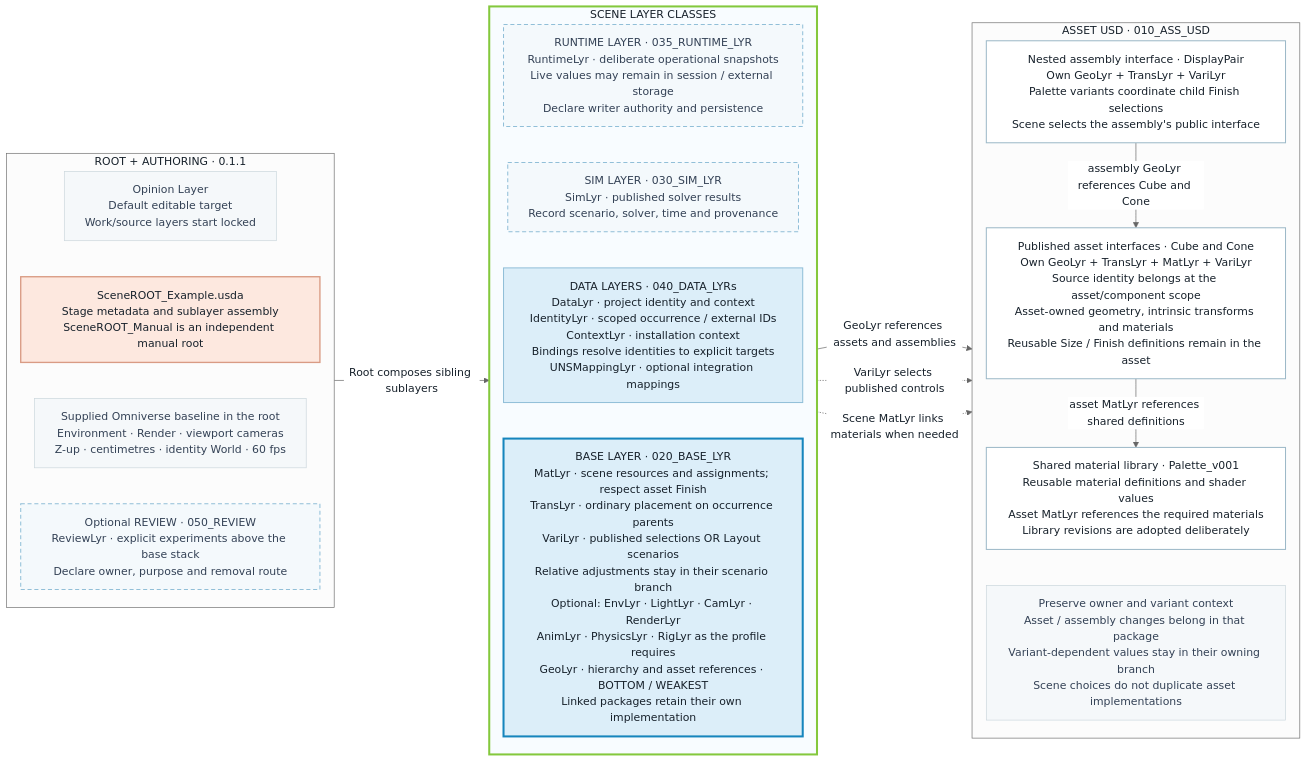
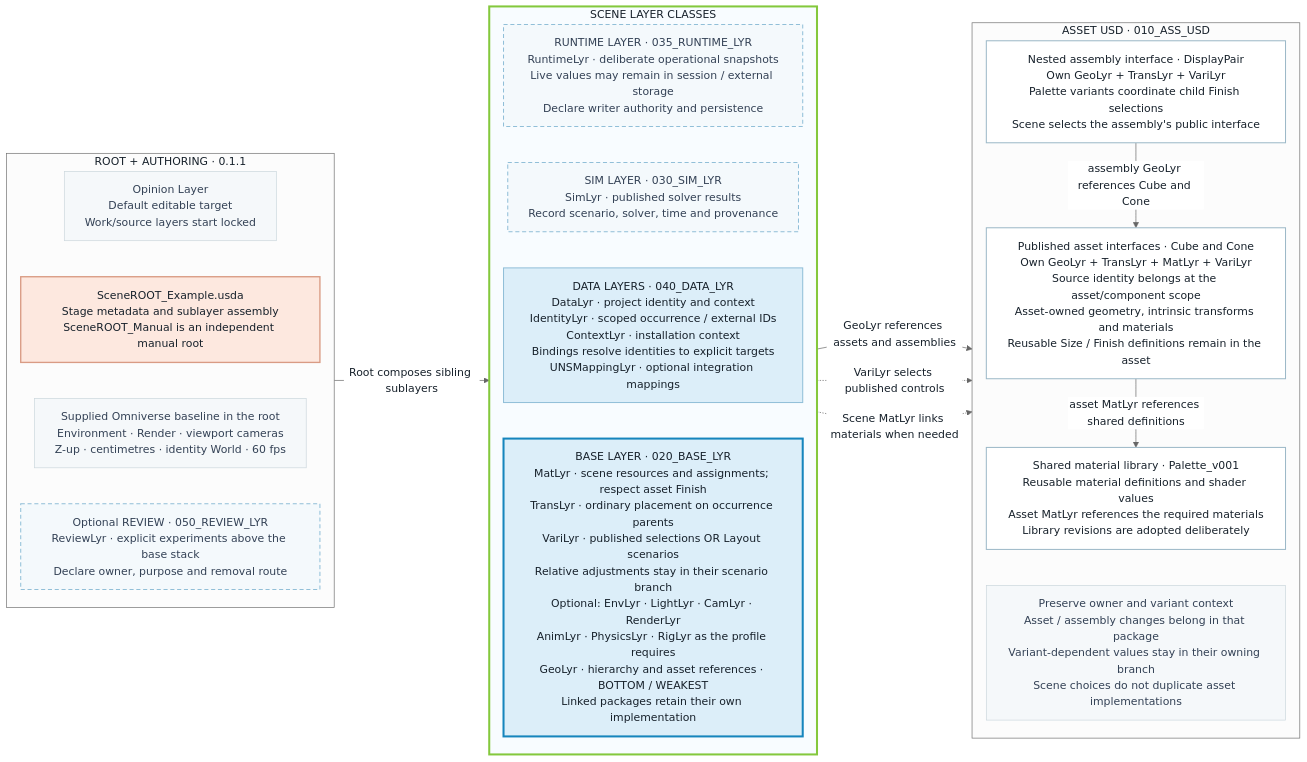
The diagram in PROJECT_STRUCTURE.md (jph2/OpenUSD_GoodStart_CompositionContract), drawn with Mermaid (neutral theme) before and after one commit. The commit also changed other lines of this file and 149 other files, not shown here.

Commit message:
Align project identity and Essentials examples

````diff
--- a/PROJECT_STRUCTURE.md
+++ b/PROJECT_STRUCTURE.md
@@ -9,58 +25,58 @@
 ```mermaid
 %%{init: {"flowchart": {"wrappingWidth": 380, "nodeSpacing": 22, "rankSpacing": 28}}}%%
 flowchart LR
-    accTitle: OpenUSD Composition Contracts 0.1.1 - Root, scene stack and reusable sources
+    accTitle: OpenUSD GoodStart Composition Contract 0.1.1 - Root, scene stack and reusable sources
     accDescr: Left to right, the root assembles a vertical scene layer stack with GeoLyr at the bottom. Reusable assets, assemblies and materials retain their own implementation and variant context.
     %% Connect the column subgraphs, keeping their internal TB layout intact.
     subgraph ENTRY["ROOT + AUTHORING · 0.1.1"]
         direction TB
         Session["Opinion Layer<br/>Default editable target<br/>Work/source layers start locked"]
         R["SceneROOT_Example.usda<br/>Stage metadata and sublayer assembly<br/>SceneROOT_Manual is an independent manual root"]
         Startup["Supplied Omniverse baseline in the root<br/>Environment · Render · viewport cameras<br/>Z-up · centimetres · identity World · 60 fps"]
         Session ~~~ R
         R ~~~ Startup
-        Review["Optional REVIEW · 050_REVIEW<br/>ReviewLyr · explicit experiments above the base stack<br/>Declare owner, purpose and removal route"]
+        Review["Optional REVIEW · 050_REVIEW_LYR<br/>ReviewLyr · explicit experiments above the base stack<br/>Declare owner, purpose and removal route"]
         Startup ~~~ Review
     end
 
     subgraph STACK["SCENE LAYER CLASSES"]
         direction TB
         RT["RUNTIME LAYER · 035_RUNTIME_LYR<br/>RuntimeLyr · deliberate operational snapshots<br/>Live values may remain in session / external storage<br/>Declare writer authority and persistence"]
         S["SIM LAYER · 030_SIM_LYR<br/>SimLyr · published solver results<br/>Record scenario, solver, time and provenance"]
-        D["DATA LAYERS · 040_DATA_LYRs<br/>DataLyr · project identity and context<br/>IdentityLyr · scoped occurrence / external IDs<br/>ContextLyr · installation context<br/>Bindings resolve identities to explicit targets<br/>UNSMappingLyr · optional integration mappings"]
+        D["DATA LAYERS · 040_DATA_LYR<br/>DataLyr · project identity and context<br/>IdentityLyr · scoped occurrence / external IDs<br/>ContextLyr · installation context<br/>Bindings resolve identities to explicit targets<br/>UNSMappingLyr · optional integration mappings"]
         BASE["BASE LAYER · 020_BASE_LYR<br/>MatLyr · scene resources and assignments; respect asset Finish<br/>TransLyr · ordinary placement on occurrence parents<br/>VariLyr · published selections OR Layout scenarios<br/>Relative adjustments stay in their scenario branch<br/>Optional: EnvLyr · LightLyr · CamLyr · RenderLyr<br/>AnimLyr · PhysicsLyr · RigLyr as the profile requires<br/>GeoLyr · hierarchy and asset references · BOTTOM / WEAKEST<br/>Linked packages retain their own implementation"]
         RT ~~~ S
         S ~~~ D
         D ~~~ BASE
     end
 
     subgraph SRC["ASSET USD · 010_ASS_USD"]
         direction TB
         B["Nested assembly interface · DisplayPair<br/>Own GeoLyr + TransLyr + VariLyr<br/>Palette variants coordinate child Finish selections<br/>Scene selects the assembly's public interface"]
         A["Published asset interfaces · Cube and Cone<br/>Own GeoLyr + TransLyr + MatLyr + VariLyr<br/>Source identity belongs at the asset/component scope<br/>Asset-owned geometry, intrinsic transforms and materials<br/>Reusable Size / Finish definitions remain in the asset"]
         Library["Shared material library · Palette_v001<br/>Reusable material definitions and shader values<br/>Asset MatLyr references the required materials<br/>Library revisions are adopted deliberately"]
         Context["Preserve owner and variant context<br/>Asset / assembly changes belong in that package<br/>Variant-dependent values stay in their owning branch<br/>Scene choices do not duplicate asset implementations"]
         B -->|"assembly GeoLyr references Cube and Cone"| A
         A -->|"asset MatLyr references shared definitions"| Library
         Library ~~~ Context
     end
 
     ENTRY -->|"Root composes sibling sublayers"| STACK
     STACK -->|"GeoLyr references assets and assemblies"| SRC
     STACK -.->|"VariLyr selects published controls"| SRC
     STACK -.->|"Scene MatLyr links materials when needed"| SRC
 
     classDef root fill:#fde8df,stroke:#d99b84,color:#17212b,stroke-width:2px
     classDef layer fill:#dceef9,stroke:#91bfd8,color:#17212b,stroke-width:1.5px
     classDef optional fill:#f4f9fc,stroke:#91bfd8,color:#334155,stroke-width:1.5px,stroke-dasharray:6 4
     classDef base fill:#dceef9,stroke:#1685bd,color:#17212b,stroke-width:3px
     classDef asset fill:#ffffff,stroke:#9db9c8,color:#17212b,stroke-width:1.5px
     classDef note fill:#f5f8fa,stroke:#cbd6dc,color:#334155
     class R root
     class D layer
     class RT,S,Review optional
     class BASE base
     class B,A,Library asset
     class Session,Startup,Context note
     style STACK fill:#f8fcff,stroke:#84c83d,stroke-width:3px
 ```
````
